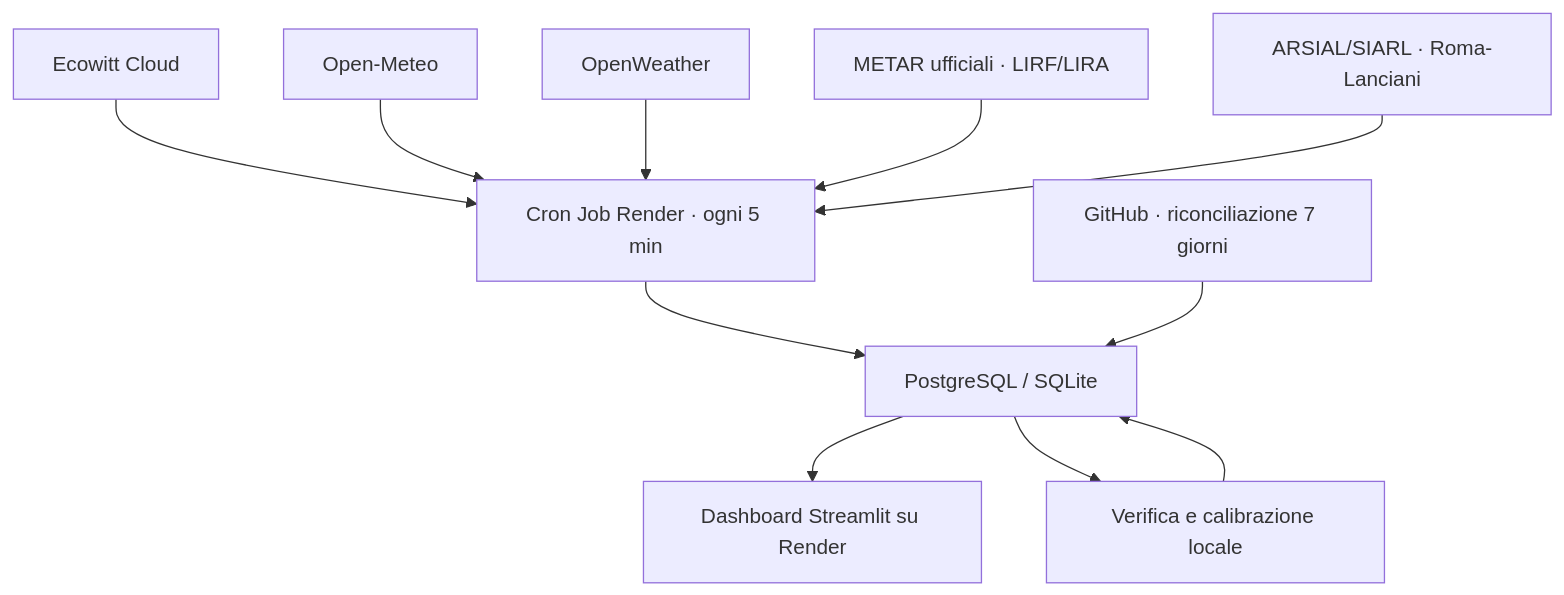
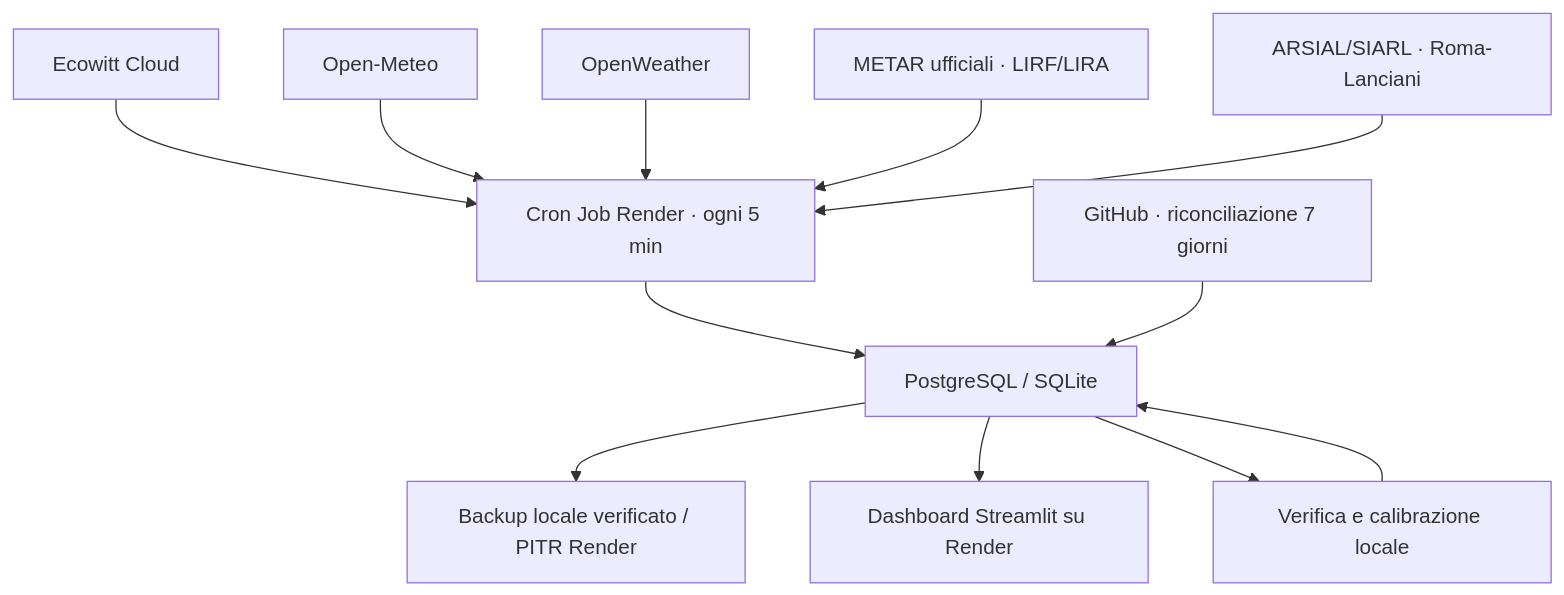
One commit to gio9772rm/weather-app changed the diagram in README.md. Above: the diagram before and after it, drawn with Mermaid. The commit also changed other lines of this file and 26 other files, not shown here.

````diff
--- a/README.md
+++ b/README.md
@@ -23,13 +28,14 @@
 ```mermaid
 flowchart TD
   E["Ecowitt Cloud"] --> P["Cron Job Render · ogni 5 min"]
   OM["Open-Meteo"] --> P
   OW["OpenWeather"] --> P
   METAR["METAR ufficiali · LIRF/LIRA"] --> P
   ARSIAL["ARSIAL/SIARL · Roma-Lanciani"] --> P
   P --> DB["PostgreSQL / SQLite"]
   GH["GitHub · riconciliazione 7 giorni"] --> DB
+  DB --> BK["Backup locale verificato / PITR Render"]
   DB --> UI["Dashboard Streamlit su Render"]
   DB --> Q["Verifica e calibrazione locale"]
   Q --> DB
 ```
````
